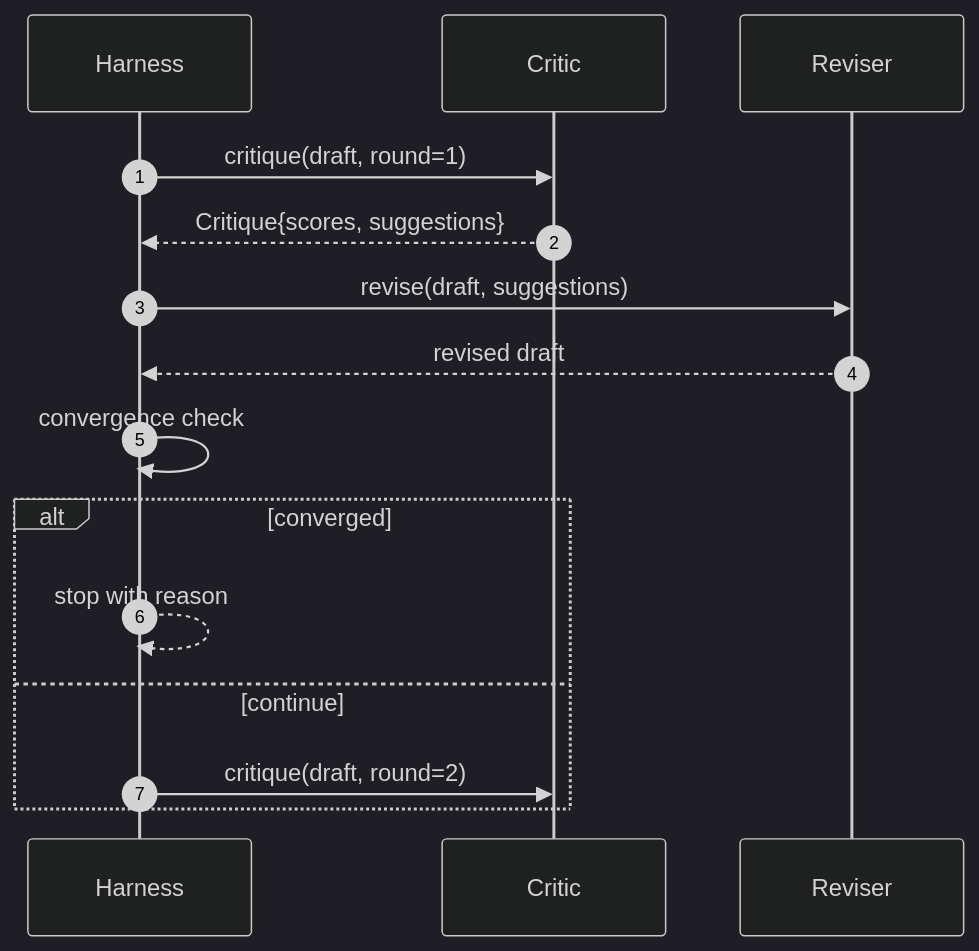
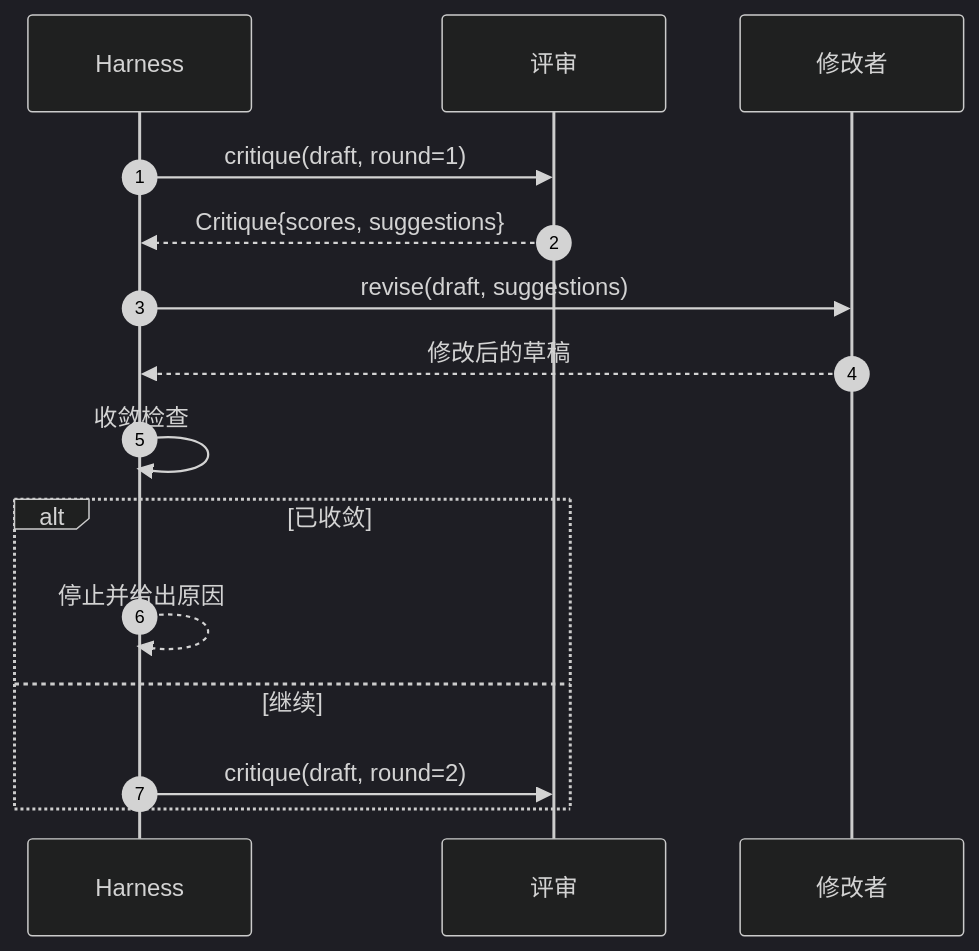
One commit to alessandrodinisio-ai/ai-engineering-learning-framework changed the fourth of 4 diagrams in phases/19-capstone-projects/55-critic-loop/docs/zh.md. Above: the diagram before and after it, drawn with Mermaid (dark theme). The commit also changed other lines of this file and 120 other files, not shown here.

First line of the commit message:
i18n(mermaid): 337 个 mermaid 图表标签中文化

````diff
--- a/phases/19-capstone-projects/55-critic-loop/docs/zh.md
+++ b/phases/19-capstone-projects/55-critic-loop/docs/zh.md
@@ -90,17 +90,17 @@
 ```mermaid
 sequenceDiagram
     autonumber
     participant H as Harness
-    participant C as Critic
-    participant R as Reviser
+    participant C as 评审
+    participant R as 修改者
     H->>C: critique(draft, round=1)
     C-->>H: Critique{scores, suggestions}
     H->>R: revise(draft, suggestions)
-    R-->>H: revised draft
-    H->>H: convergence check
-    alt converged
-        H-->>H: stop with reason
-    else continue
+    R-->>H: 修改后的草稿
+    H->>H: 收敛检查
+    alt 已收敛
+        H-->>H: 停止并给出原因
+    else 继续
         H->>C: critique(draft, round=2)
     end
 ```
````
